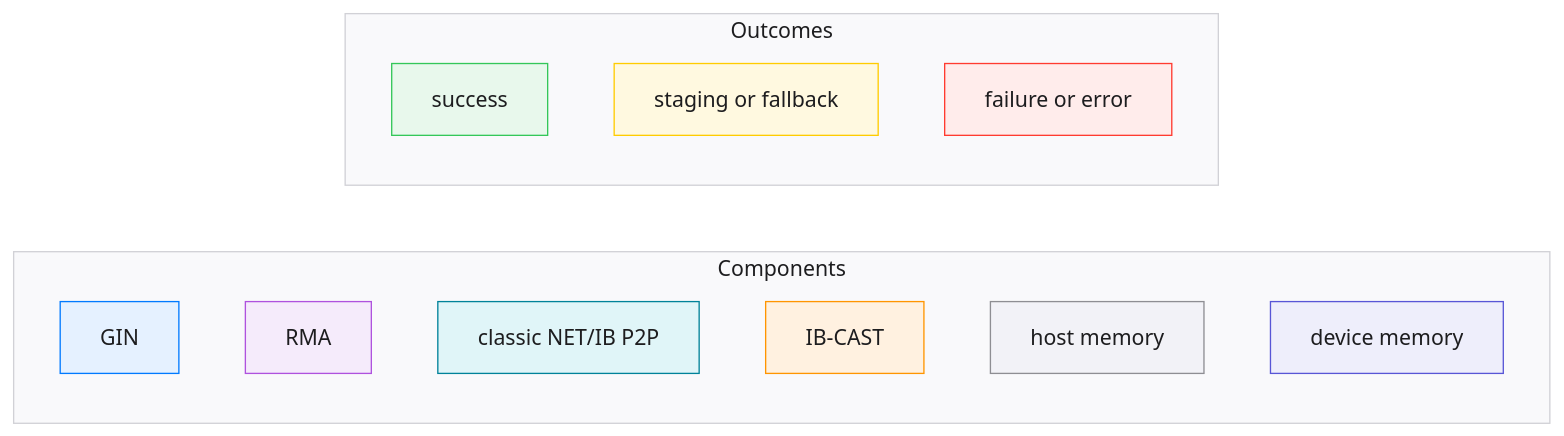
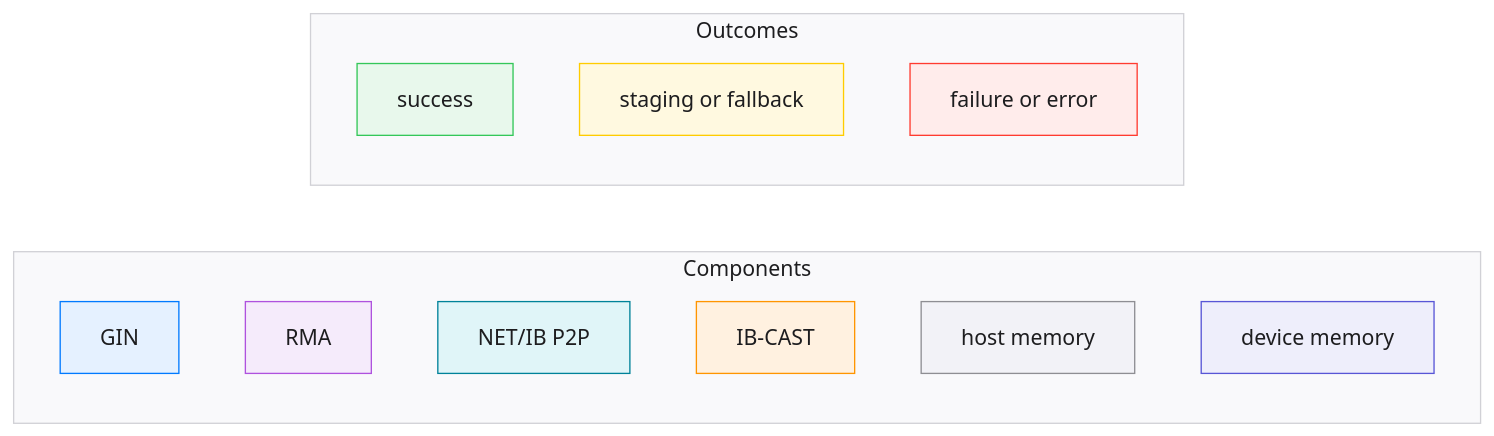
Before and after one commit to ROCm/rocm-systems: the fourth of 4 diagrams in projects/rccl/docs/design/multi_segment_overview.md, drawn with Mermaid. The commit also changed other lines of this file and 16 other files, not shown here.

````diff
--- a/projects/rccl/docs/design/multi_segment_overview.md
+++ b/projects/rccl/docs/design/multi_segment_overview.md
@@ -166,39 +167,39 @@
 ```mermaid
 %% caption: Color legend for every diagram in this book
 flowchart LR
  subgraph comp["Components"]
  direction TB
  lgin["GIN"]
  lrma["RMA"]
- lnet["classic NET/IB P2P"]
+ lnet["NET/IB P2P"]
  lcast["IB-CAST"]
  lhost["host memory"]
  ldev["device memory"]
  end
  subgraph outc["Outcomes"]
  direction TB
  lok["success"]
  lstage["staging or fallback"]
  lfail["failure or error"]
  end
  classDef gin fill:#e5f1ff,stroke:#007aff,color:#1d1d1f
  classDef rma fill:#f5ebfb,stroke:#af52de,color:#1d1d1f
  classDef netib fill:#e0f5f8,stroke:#008299,color:#1d1d1f
  classDef ibcast fill:#fff1e0,stroke:#ff9500,color:#1d1d1f
  classDef hostmem fill:#f2f2f7,stroke:#8e8e93,color:#1d1d1f
  classDef devmem fill:#eeeefb,stroke:#5856d6,color:#1d1d1f
  classDef okpath fill:#e8f8ec,stroke:#34c759,color:#1d1d1f
  classDef stagepath fill:#fff9e0,stroke:#ffcc00,color:#1d1d1f
  classDef failpath fill:#ffeceb,stroke:#ff3b30,color:#1d1d1f
  classDef neutral fill:#f9f9fb,stroke:#d1d1d6,color:#1d1d1f
  class lgin gin
  class lrma rma
  class lnet netib
  class lcast ibcast
  class lhost hostmem
  class ldev devmem
  class lok okpath
  class lstage stagepath
  class lfail failpath
  class comp,outc neutral
 ```
````
